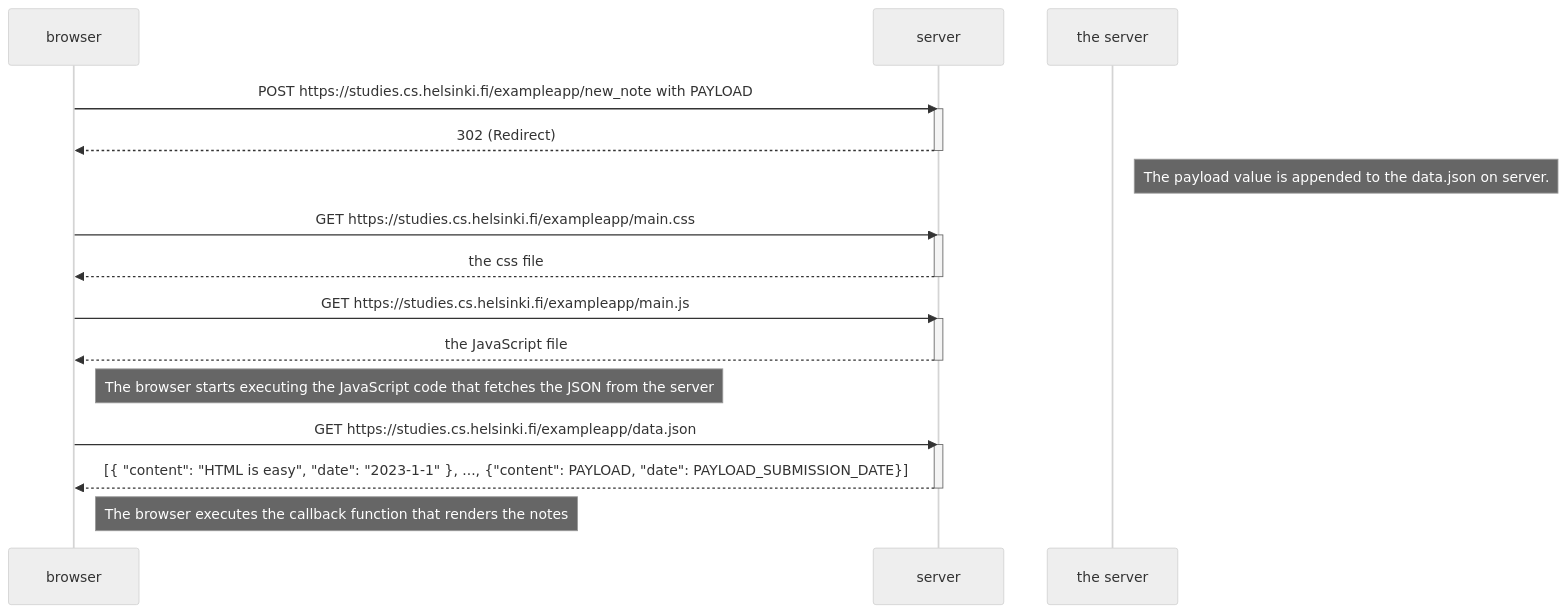
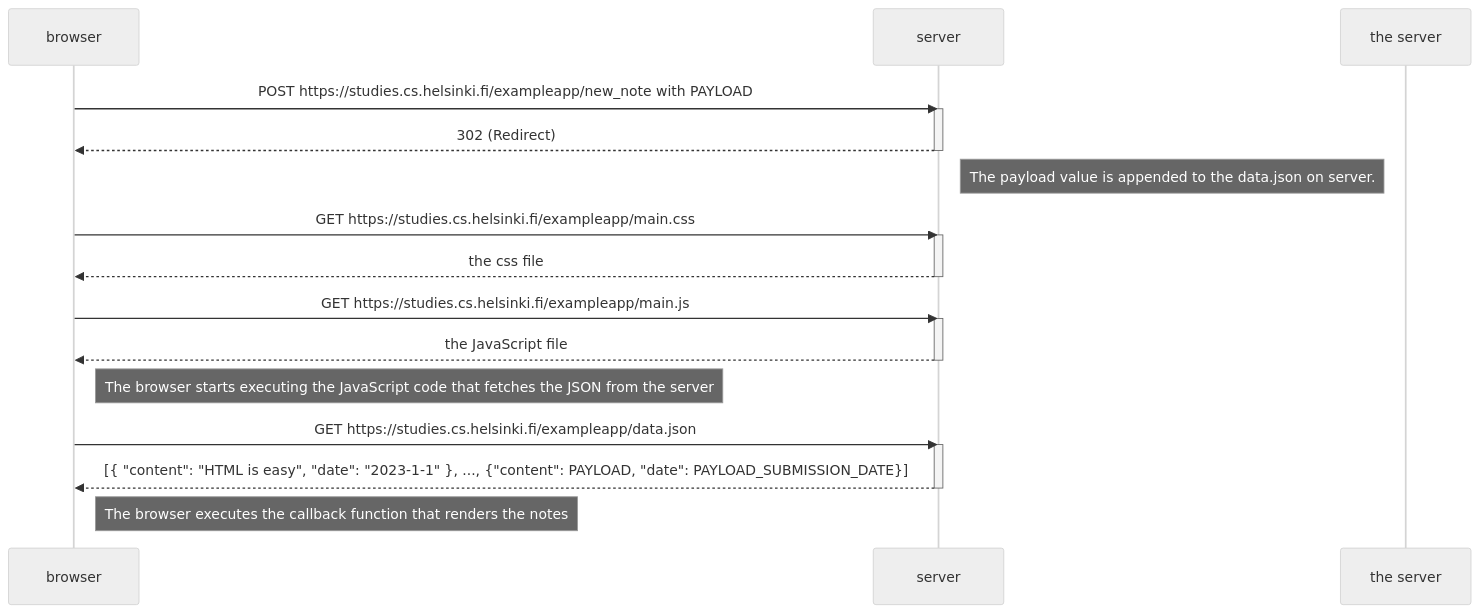
One commit to ganchikov/fsopen_react_excercises changed the diagram in part0/excercise04.md. Above: the diagram before and after it, drawn with Mermaid (neutral theme).

Commit message:
minor change in ex 0.4

````diff
--- a/part0/excercise04.md
+++ b/part0/excercise04.md
@@ -1,32 +1,32 @@
 ```mermaid
 sequenceDiagram
     participant browser
     participant server
     
     browser->>server: POST https://studies.cs.helsinki.fi/exampleapp/new_note with PAYLOAD
     activate server
     server-->>browser: 302 (Redirect)
     deactivate server
 
-    Note right of the server: The payload value is appended to the data.json on server.
+    Note left of the server: The payload value is appended to the data.json on server.
     
     browser->>server: GET https://studies.cs.helsinki.fi/exampleapp/main.css
     activate server
     server-->>browser: the css file
     deactivate server
     
     browser->>server: GET https://studies.cs.helsinki.fi/exampleapp/main.js
     activate server
     server-->>browser: the JavaScript file
     deactivate server
     
     Note right of browser: The browser starts executing the JavaScript code that fetches the JSON from the server
     
     browser->>server: GET https://studies.cs.helsinki.fi/exampleapp/data.json
     activate server
     server-->>browser: [{ "content": "HTML is easy", "date": "2023-1-1" }, ..., {"content": PAYLOAD, "date": PAYLOAD_SUBMISSION_DATE}]
     deactivate server    
 
     Note right of browser: The browser executes the callback function that renders the notes 
 
 ```
````
